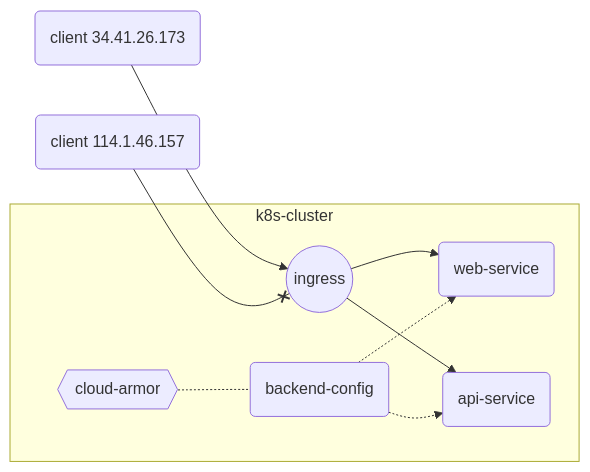
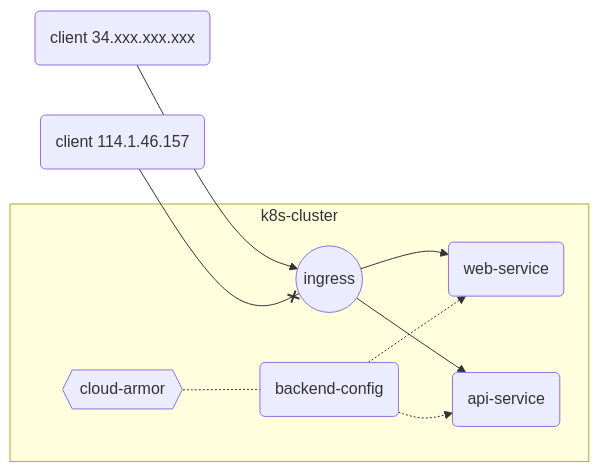
One commit to Ben199810/ben199810.github.io changed the diagram in content/posts/k8s/ingress/index.md. Above: the diagram before and after it, drawn with Mermaid. The commit also changed other lines of this file and 1 other file, not shown here.

```diff
--- a/content/posts/k8s/ingress/index.md
+++ b/content/posts/k8s/ingress/index.md
@@ -34,25 +38,25 @@
 {{< mermaid >}}
 flowchart LR
 
-  cli1(client 34.41.26.173)
+  cli1(client 34.xxx.xxx.xxx)
   cli2(client 114.1.46.157)
 
   cli1 --> ing
   cli2 --x ing
 
 subgraph k8s-cluster
 
   ing((ingress))
   svc-web(web-service)
   svc-api(api-service)
   df-backend(backend-config)
   armor{{cloud-armor}}
 
   ing --> svc-web
   ing --> svc-api
   armor -.- df-backend
   df-backend -.-> svc-web
   df-backend -.-> svc-api
 
 end
 {{< /mermaid >}}
```
